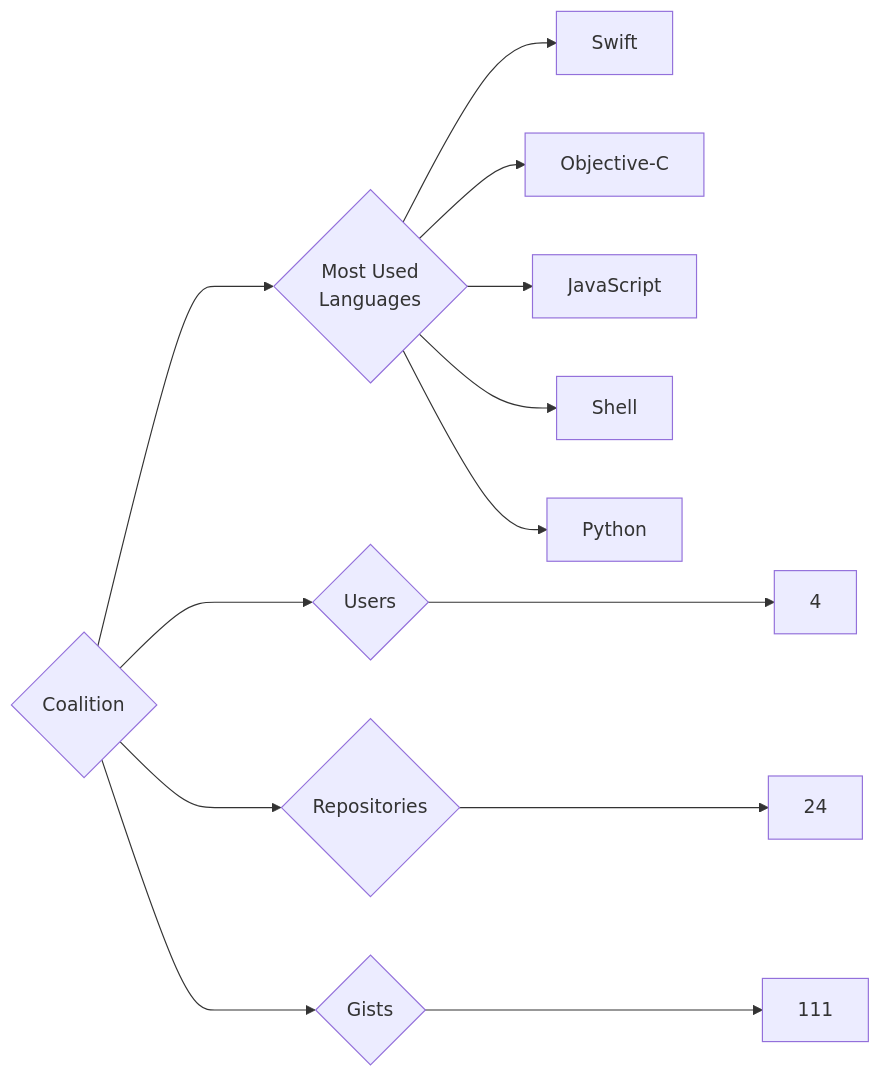
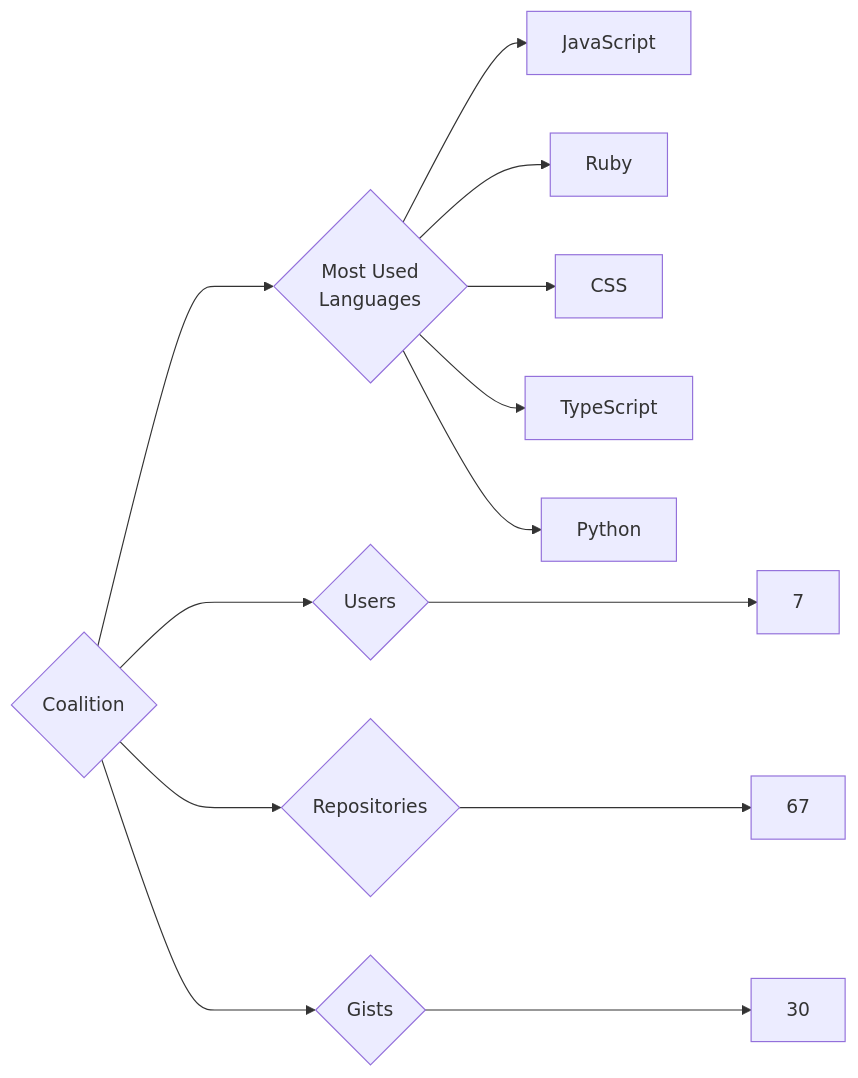
One commit to trickest/insiders changed the diagram in targets/Coalition/README.md. Above: the diagram before and after it, drawn with Mermaid. The commit also changed 1175 other files, not shown here.

````diff
--- a/targets/Coalition/README.md
+++ b/targets/Coalition/README.md
@@ -3,13 +3,13 @@
 ```mermaid
 graph LR
 COMPANY_NAME{Coalition}
-COMPANY_NAME ---> U{Users} ---> UN[4]
-COMPANY_NAME ---> R{Repositories} ---> RN[24]
-COMPANY_NAME ---> G{Gists} ---> GN[111]
+COMPANY_NAME ---> U{Users} ---> UN[7]
+COMPANY_NAME ---> R{Repositories} ---> RN[67]
+COMPANY_NAME ---> G{Gists} ---> GN[30]
 COMPANY_NAME ---> ML{Most Used<br>Languages}
-ML --> Swift[Swift]
-ML --> Objective-C[Objective-C]
 ML --> JavaScript[JavaScript]
-ML --> Shell[Shell]
+ML --> Ruby[Ruby]
+ML --> CSS[CSS]
+ML --> TypeScript[TypeScript]
 ML --> Python[Python]
 ```
````
